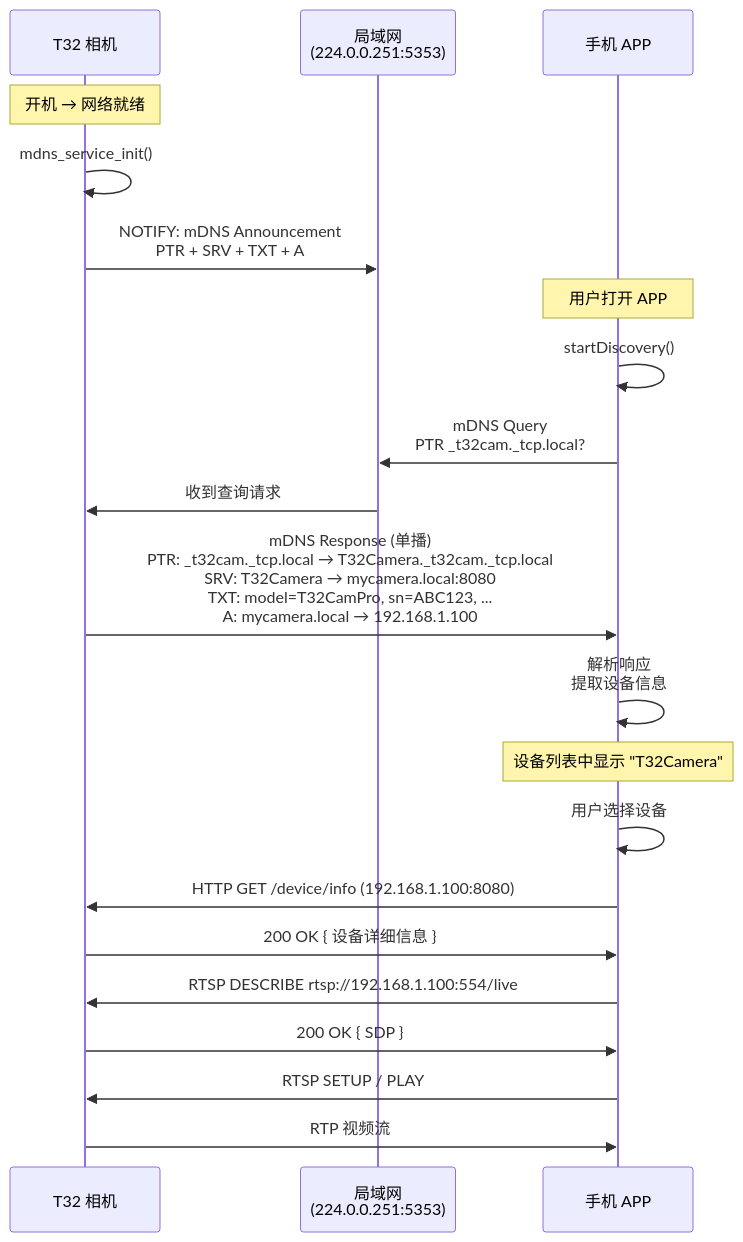
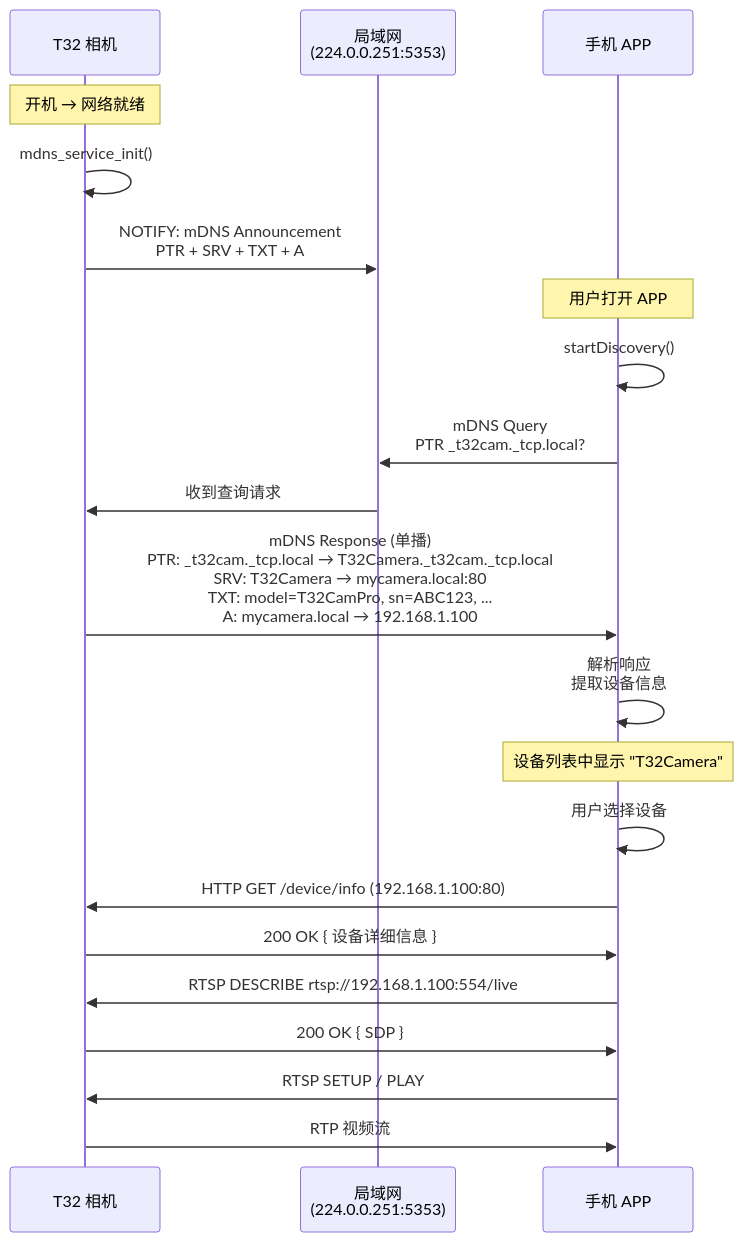
The fifth of 9 diagrams in doc/spec/mdns-device-discovery-spec.md (peter-zen/t32_cam), drawn with Mermaid before and after one commit. The commit also changed other lines of this file and 25 other files, not shown here.

Commit message:
feat(http): add async photo API and tcp event channel

````diff
--- a/doc/spec/mdns-device-discovery-spec.md
+++ b/doc/spec/mdns-device-discovery-spec.md
@@ -574,31 +574,31 @@
 ```mermaid
 sequenceDiagram
     participant T32 as T32 相机
     participant NET as 局域网<br/>(224.0.0.251:5353)
     participant APP as 手机 APP
 
     Note over T32: 开机 → 网络就绪
     T32->>T32: mdns_service_init()
     T32->>NET: NOTIFY: mDNS Announcement<br/>PTR + SRV + TXT + A
 
     Note over APP: 用户打开 APP
     APP->>APP: startDiscovery()
     APP->>NET: mDNS Query<br/>PTR _t32cam._tcp.local?
 
     NET->>T32: 收到查询请求
 
-    T32->>APP: mDNS Response (单播)<br/>PTR: _t32cam._tcp.local → T32Camera._t32cam._tcp.local<br/>SRV: T32Camera → mycamera.local:8080<br/>TXT: model=T32CamPro, sn=ABC123, ...<br/>A: mycamera.local → 192.168.1.100
+    T32->>APP: mDNS Response (单播)<br/>PTR: _t32cam._tcp.local → T32Camera._t32cam._tcp.local<br/>SRV: T32Camera → mycamera.local:80<br/>TXT: model=T32CamPro, sn=ABC123, ...<br/>A: mycamera.local → 192.168.1.100
 
     APP->>APP: 解析响应<br/>提取设备信息
 
     Note over APP: 设备列表中显示 "T32Camera"
     APP->>APP: 用户选择设备
 
-    APP->>T32: HTTP GET /device/info (192.168.1.100:8080)
+    APP->>T32: HTTP GET /device/info (192.168.1.100:80)
     T32->>APP: 200 OK { 设备详细信息 }
 
     APP->>T32: RTSP DESCRIBE rtsp://192.168.1.100:554/live
     T32->>APP: 200 OK { SDP }
     APP->>T32: RTSP SETUP / PLAY
     T32->>APP: RTP 视频流
 ```
````
